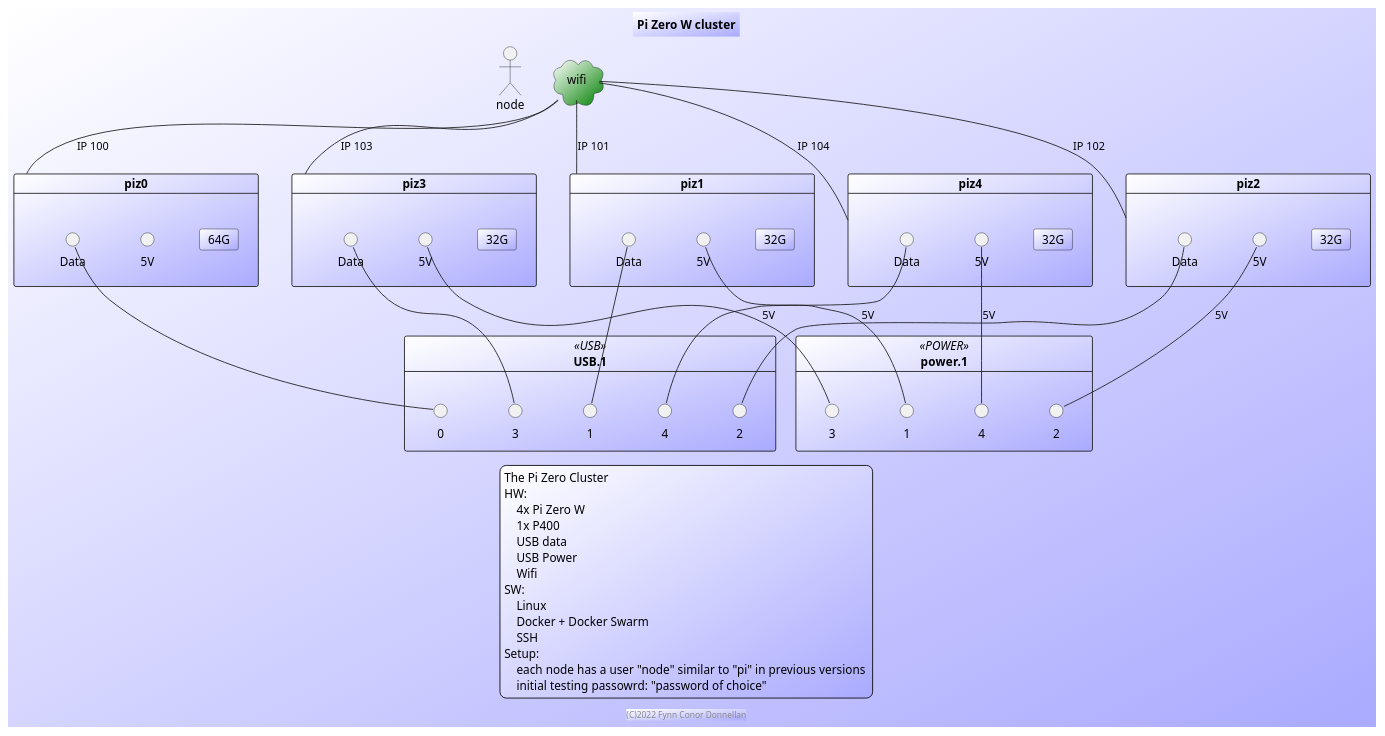
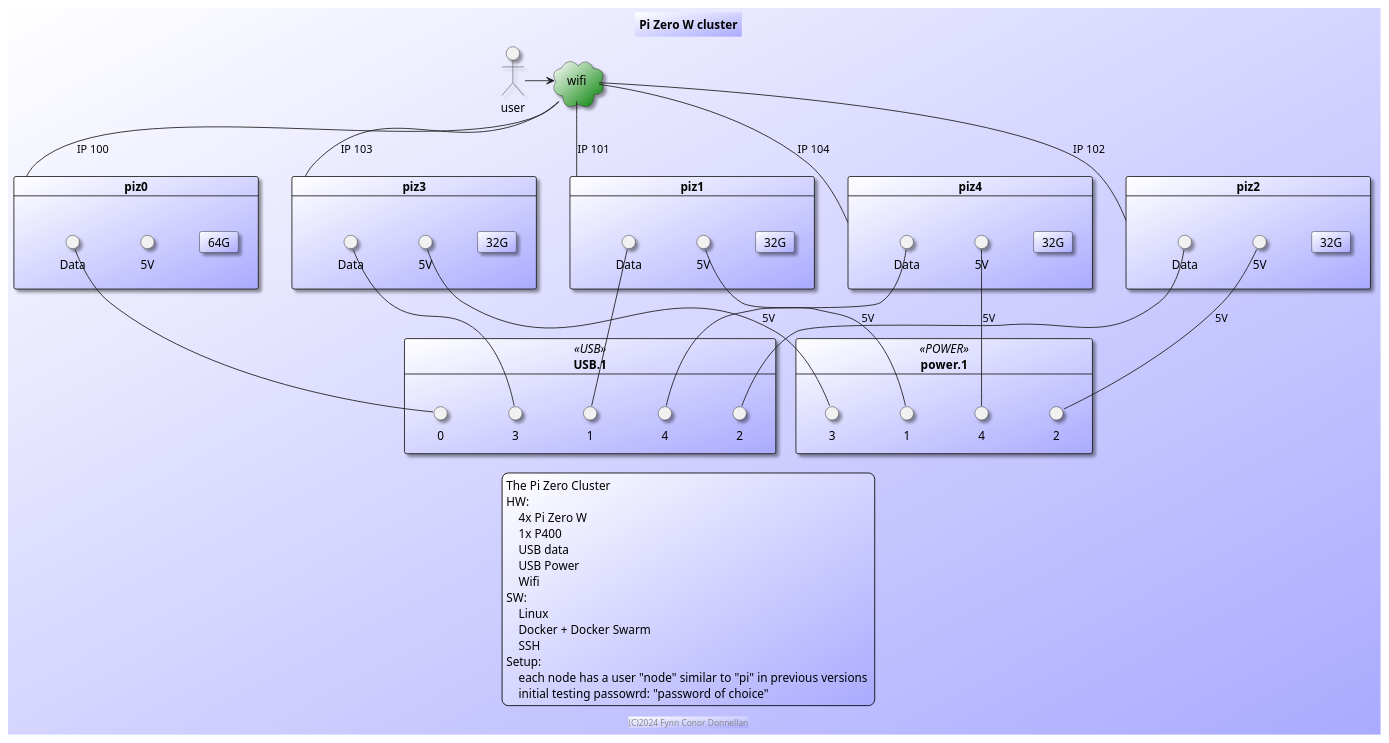
Before and after one commit to DonFynn/pi-Zero-Cluster: the diagram in images/context.plantuml, drawn with PlantUML. The commit also changed 5 other files, not shown here.

```diff
--- a/images/context.plantuml
+++ b/images/context.plantuml
@@ -1,94 +1,96 @@
 @startuml
 title Pi Zero W cluster
-footer (C)2022 Fynn Conor Donnellan
-skinparam NoteShadowing true
+footer (C)2024 Fynn Conor Donnellan
+skinparam Shadowing true
 skinparam BackgroundColor #fff/aaf
 skinparam CardBackgroundColor #fff/aaf
 skinparam CloudBackgroundColor #fff/green
+
 legend
-The Pi Zero Cluster
-HW:
-    4x Pi Zero W
-    1x P400
-    USB data
-    USB Power
-    Wifi
-SW:
-    Linux
-    Docker + Docker Swarm
-    SSH
-Setup:
-    each node has a user "node" similar to "pi" in previous versions 
-    initial testing passowrd: "password of choice"
+    The Pi Zero Cluster
+    HW:
+        4x Pi Zero W
+        1x P400
+        USB data
+        USB Power
+        Wifi
+    SW:
+        Linux
+        Docker + Docker Swarm
+        SSH
+    Setup:
+        each node has a user "node" similar to "pi" in previous versions 
+        initial testing passowrd: "password of choice"
 end legend
 
-actor node
+actor user
 
 card "piz1" as piZ.1 {
     card "32G" as piZ.1.32G
     interface "5V" as piZ.1.power
     interface "Data" as piZ.1.data
 }
 card "piz2" as piZ.2 {
     card "32G" as piZ.2.32G
     interface "5V" as piZ.2.power
     interface "Data" as piZ.2.data
 }
 card "piz3" as piZ.3 {
     card "32G" as piZ.3.32G
     interface "5V" as piZ.3.power
     interface "Data" as piZ.3.data
 }
 card "piz4" as piZ.4 {
     card "32G" as piZ.4.32G
     interface "5V" as piZ.4.power
     interface "Data" as piZ.4.data
 }
 card "piz0" as  pi400.1 {
     card "64G" as pi400.1.64G
     interface "5V" as pi400.1.power
     interface "Data" as pi400.1.data
 }
 
 cloud wifi
 
 card power.1 <<POWER>> {
     interface "1" as power.1.1
     interface "2" as power.1.2
     interface "3" as power.1.3
     interface "4" as power.1.4
 ''    interface "5" as power.1.5
 ''    interface "6" as power.1.6
 ''    interface "7" as power.1.7
 ''    interface "8" as power.1.8
 }
 card USB.1 <<USB>> {
     interface "0" as USB.1.0
     interface "1" as USB.1.1
     interface "2" as USB.1.2
     interface "3" as USB.1.3
     interface "4" as USB.1.4
 }
 
+user -> wifi
 
 ''Power supply
 piZ.1.power -- power.1.1 : 5V
 piZ.2.power -- power.1.2 : 5V
 piZ.3.power -- power.1.3 : 5V
 piZ.4.power -- power.1.4 : 5V
 
 ''USB Data
 pi400.1.data -- USB.1.0
 piZ.1.data -- USB.1.1
 piZ.2.data -- USB.1.2
 piZ.3.data -- USB.1.3
 piZ.4.data -- USB.1.4
 
 ''wifi 
 wifi -- piZ.1 : IP 101
 wifi -- piZ.2 : IP 102
 wifi -- piZ.3 : IP 103
 wifi -- piZ.4 : IP 104
 wifi -- pi400.1 : IP 100
 
 @enduml
```
